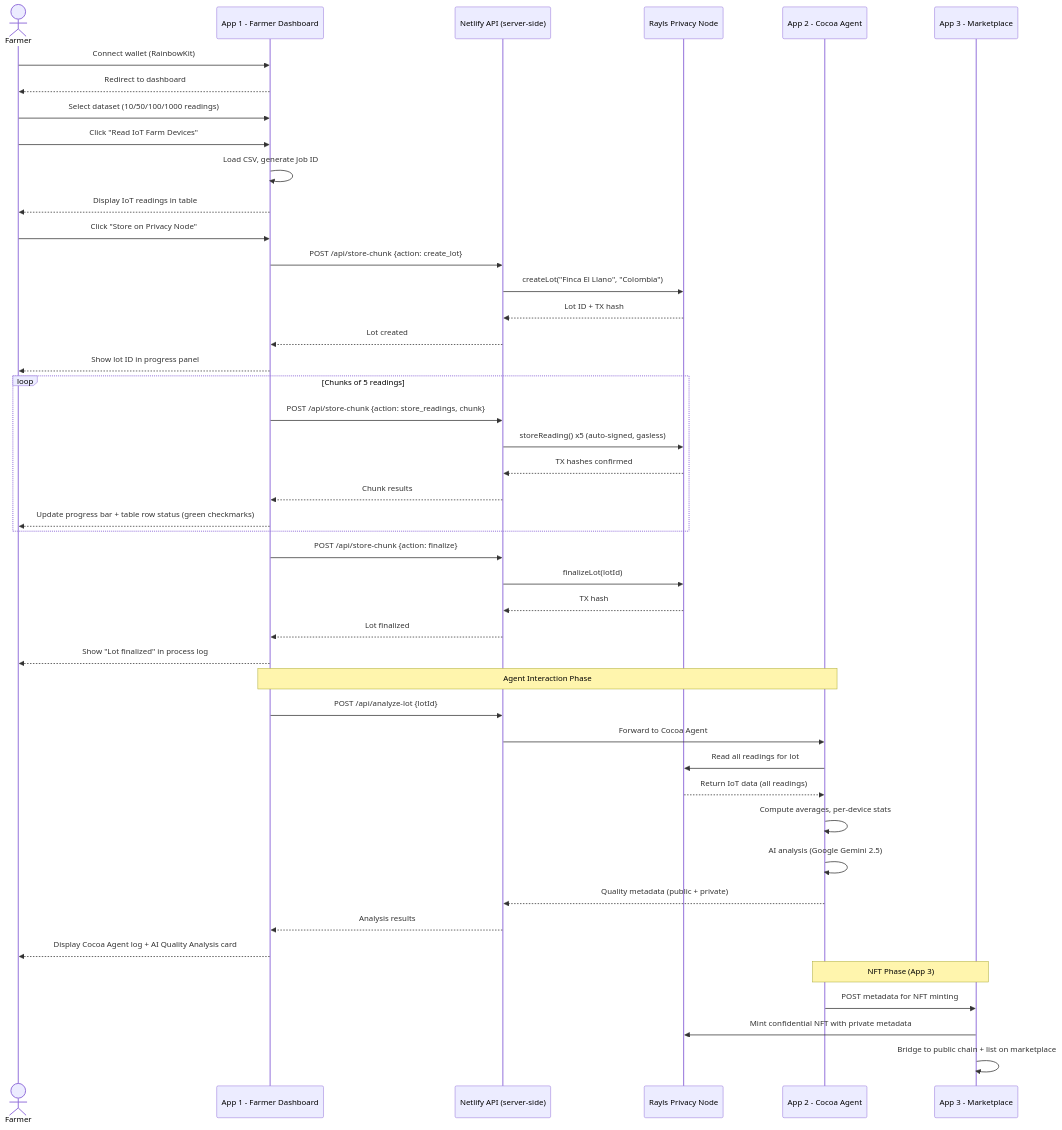
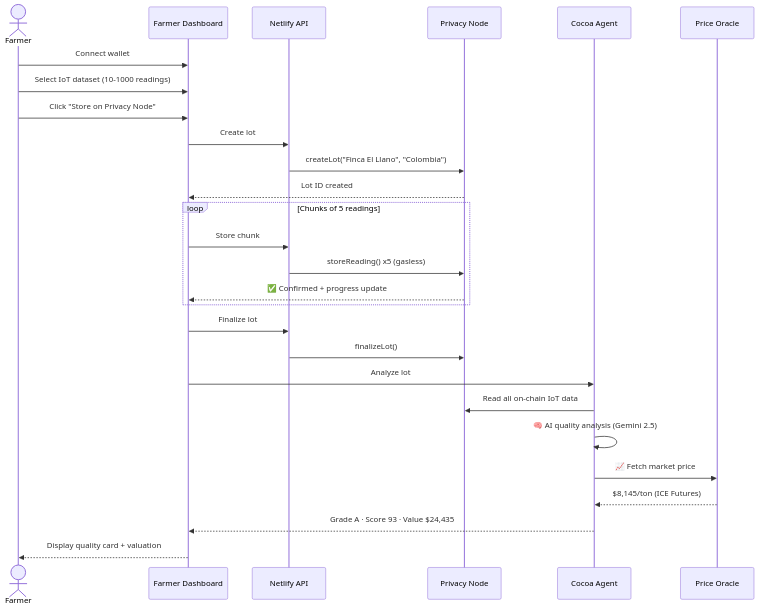
One commit to JulioMCruz/Cocoa-Ledger changed the third of 4 diagrams in README.md. Above: the diagram before and after it, drawn with Mermaid. The commit also changed other lines of this file, not shown here.

````diff
--- a/README.md
+++ b/README.md
@@ -220,54 +236,35 @@
 ```mermaid
 sequenceDiagram
     actor Farmer
-    participant App as App 1 - Farmer Dashboard
-    participant API as Netlify API (server-side)
-    participant PN as Rayls Privacy Node
-    participant Agent as App 2 - Cocoa Agent
-    participant Market as App 3 - Marketplace
+    participant App as Farmer Dashboard
+    participant API as Netlify API
+    participant PN as Privacy Node
+    participant Agent as Cocoa Agent
+    participant Oracle as Price Oracle
 
-    Farmer->>App: Connect wallet (RainbowKit)
-    App-->>Farmer: Redirect to dashboard
+    Farmer->>App: Connect wallet
+    Farmer->>App: Select IoT dataset (10-1000 readings)
+    Farmer->>App: Click "Store on Privacy Node"
 
-    Farmer->>App: Select dataset (10/50/100/1000 readings)
-    Farmer->>App: Click "Read IoT Farm Devices"
-    App->>App: Load CSV, generate Job ID
-    App-->>Farmer: Display IoT readings in table
-
-    Farmer->>App: Click "Store on Privacy Node"
-    App->>API: POST /api/store-chunk {action: create_lot}
+    App->>API: Create lot
     API->>PN: createLot("Finca El Llano", "Colombia")
-    PN-->>API: Lot ID + TX hash
-    API-->>App: Lot created
-    App-->>Farmer: Show lot ID in progress panel
+    PN-->>App: Lot ID created
 
     loop Chunks of 5 readings
-        App->>API: POST /api/store-chunk {action: store_readings, chunk}
-        API->>PN: storeReading() x5 (auto-signed, gasless)
-        PN-->>API: TX hashes confirmed
-        API-->>App: Chunk results
-        App-->>Farmer: Update progress bar + table row status (green checkmarks)
+        App->>API: Store chunk
+        API->>PN: storeReading() x5 (gasless)
+        PN-->>App: ✅ Confirmed + progress update
     end
 
-    App->>API: POST /api/store-chunk {action: finalize}
-    API->>PN: finalizeLot(lotId)
-    PN-->>API: TX hash
-    API-->>App: Lot finalized
-    App-->>Farmer: Show "Lot finalized" in process log
+    App->>API: Finalize lot
+    API->>PN: finalizeLot()
 
-    Note over App,Agent: Agent Interaction Phase
-    App->>API: POST /api/analyze-lot {lotId}
-    API->>Agent: Forward to Cocoa Agent
-    Agent->>PN: Read all readings for lot
-    PN-->>Agent: Return IoT data (all readings)
-    Agent->>Agent: Compute averages, per-device stats
-    Agent->>Agent: AI analysis (Google Gemini 2.5)
-    Agent-->>API: Quality metadata (public + private)
-    API-->>App: Analysis results
-    App-->>Farmer: Display Cocoa Agent log + AI Quality Analysis card
+    App->>Agent: Analyze lot
+    Agent->>PN: Read all on-chain IoT data
+    Agent->>Agent: 🧠 AI quality analysis (Gemini 2.5)
+    Agent->>Oracle: 📈 Fetch market price
+    Oracle-->>Agent: $8,145/ton (ICE Futures)
+    Agent-->>App: Grade A · Score 93 · Value $24,435
 
-    Note over Agent,Market: NFT Phase (App 3)
-    Agent->>Market: POST metadata for NFT minting
-    Market->>PN: Mint confidential NFT with private metadata
-    Market->>Market: Bridge to public chain + list on marketplace
+    App-->>Farmer: Display quality card + valuation
 ```
````
